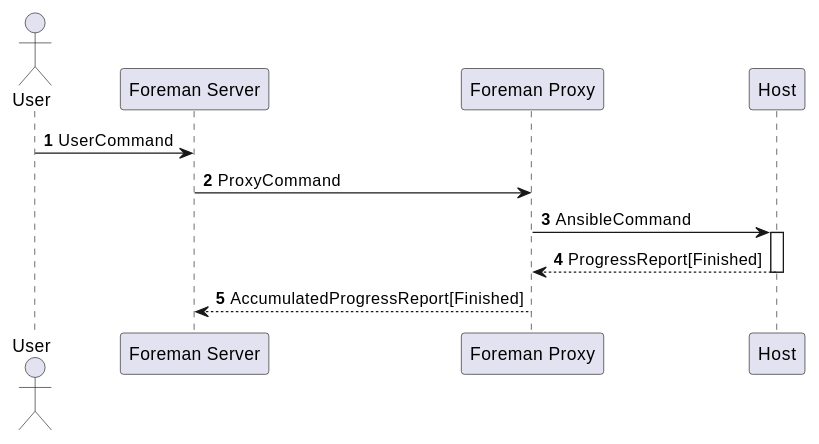
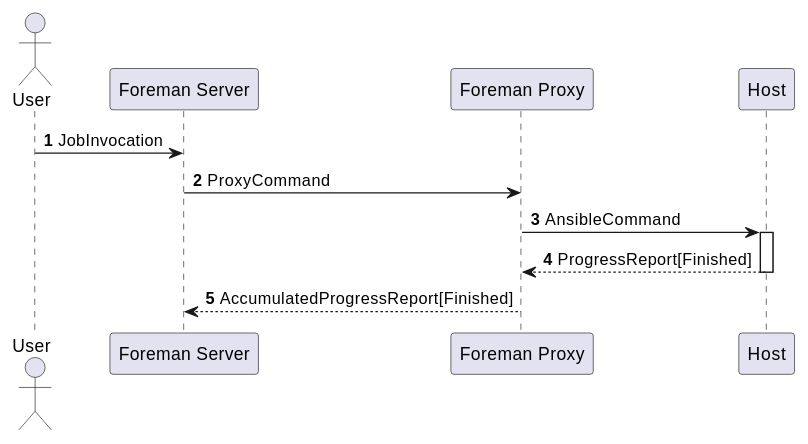
Before and after one commit to theforeman/foreman_remote_execution: the fifth of 13 diagrams in doc/source/design/index.md, drawn with PlantUML. The commit also changed other lines of this file, not shown here.

Commit message:
Unify jobs vs. execution vs. command wording

```diff
--- a/doc/source/design/index.md
+++ b/doc/source/design/index.md
@@ -273,16 +209,16 @@
 {% plantuml %}
 actor User
 participant "Foreman Server" as Foreman
 participant "Foreman Proxy" as Proxy
 participant "Host" as Host
 
 autonumber
-User -> Foreman : UserCommand
+User -> Foreman : JobInvocation
 Foreman -> Proxy : ProxyCommand
 Proxy -> Host : AnsibleCommand
 Activate Host
 Host --> Proxy : ProgressReport[Finished]
 Deactivate Host
 Proxy --> Foreman : AccumulatedProgressReport[Finished]
 
 {% endplantuml %}
```
